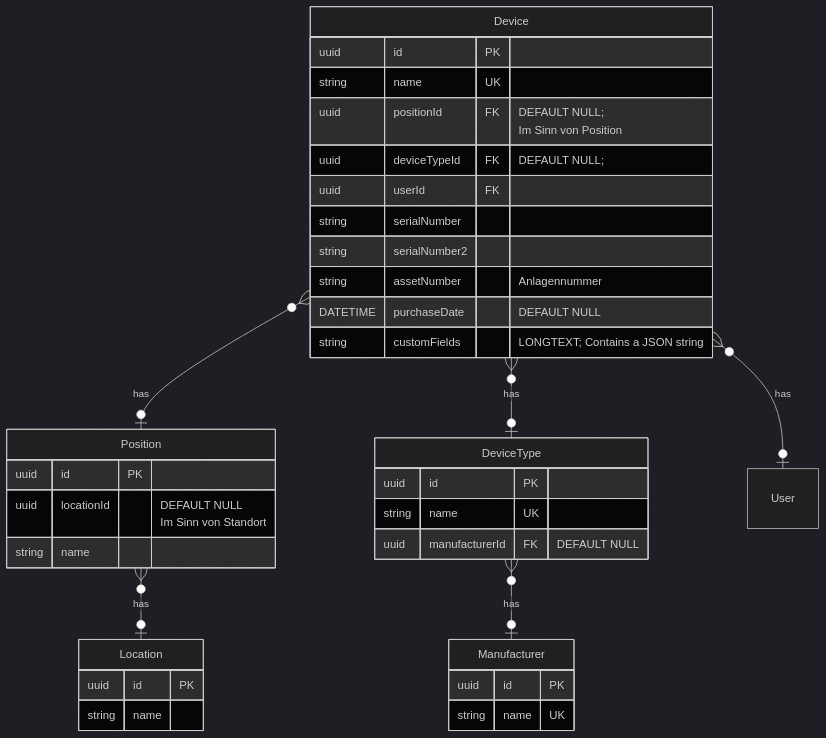
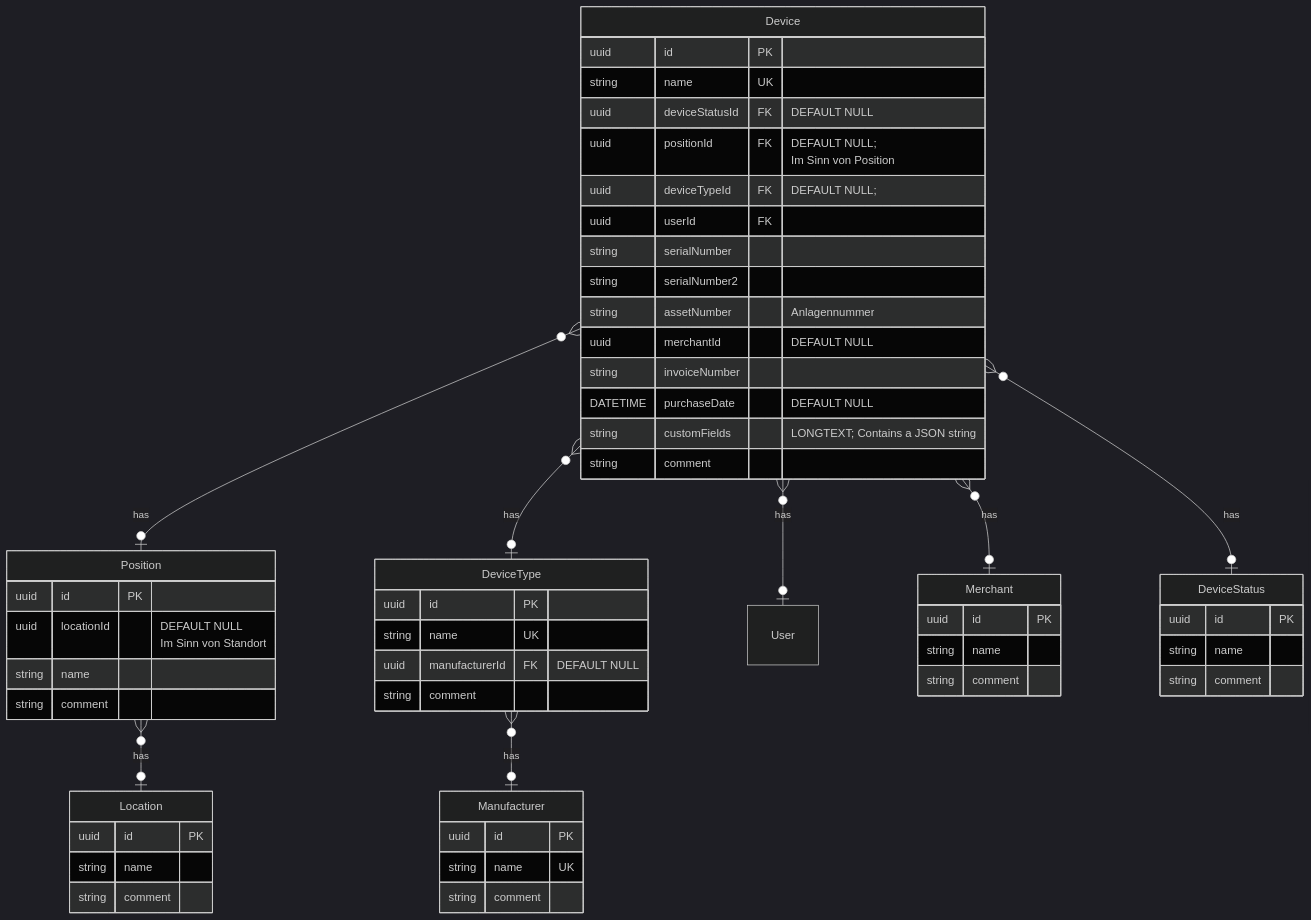
One commit to sfxon/SfxonItam changed the diagram in README.md. Above: the diagram before and after it, drawn with Mermaid (dark theme). The commit also changed other lines of this file, not shown here.

````diff
--- a/README.md
+++ b/README.md
@@ -228,44 +235,65 @@
 ```mermaid
 erDiagram
     Device }o--o| Position : has
     Device }o--o| DeviceType : has
     Device }o--o| User : has
+    Device }o--o| Merchant : has
+    Device }o--o| DeviceStatus : has
     Position }o--o| Location : has
     DeviceType }o--o| Manufacturer : has
 
     Device {
         uuid id PK
         string name UK
+        uuid deviceStatusId FK "DEFAULT NULL"
         uuid positionId FK "DEFAULT NULL;<br>Im Sinn von Position"
         uuid deviceTypeId FK "DEFAULT NULL;"
         uuid userId FK
         string serialNumber
         string serialNumber2
         string assetNumber "Anlagennummer"
+        uuid merchantId "DEFAULT NULL"
+        string invoiceNumber
         DATETIME purchaseDate "DEFAULT NULL"
         string customFields "LONGTEXT; Contains a JSON string"
+        string comment
+    }
 
+    DeviceStatus {
+        uuid id PK
+        string name
+        string comment
     }
 
     Location {
         uuid id PK
         string name
+        string comment
     }
 
     Position {
         uuid id PK
         uuid locationId "DEFAULT NULL<br>Im Sinn von Standort"
         string name
+        string comment
     }
 
     DeviceType {
         uuid id PK
         string name UK
         uuid manufacturerId FK "DEFAULT NULL"
+        string comment
     }
 
     Manufacturer {
         uuid id PK
         string name UK
+        string comment
+    }
+
+    Merchant {
+        uuid id PK
+        string name
+        string comment
     }
 ```
````
